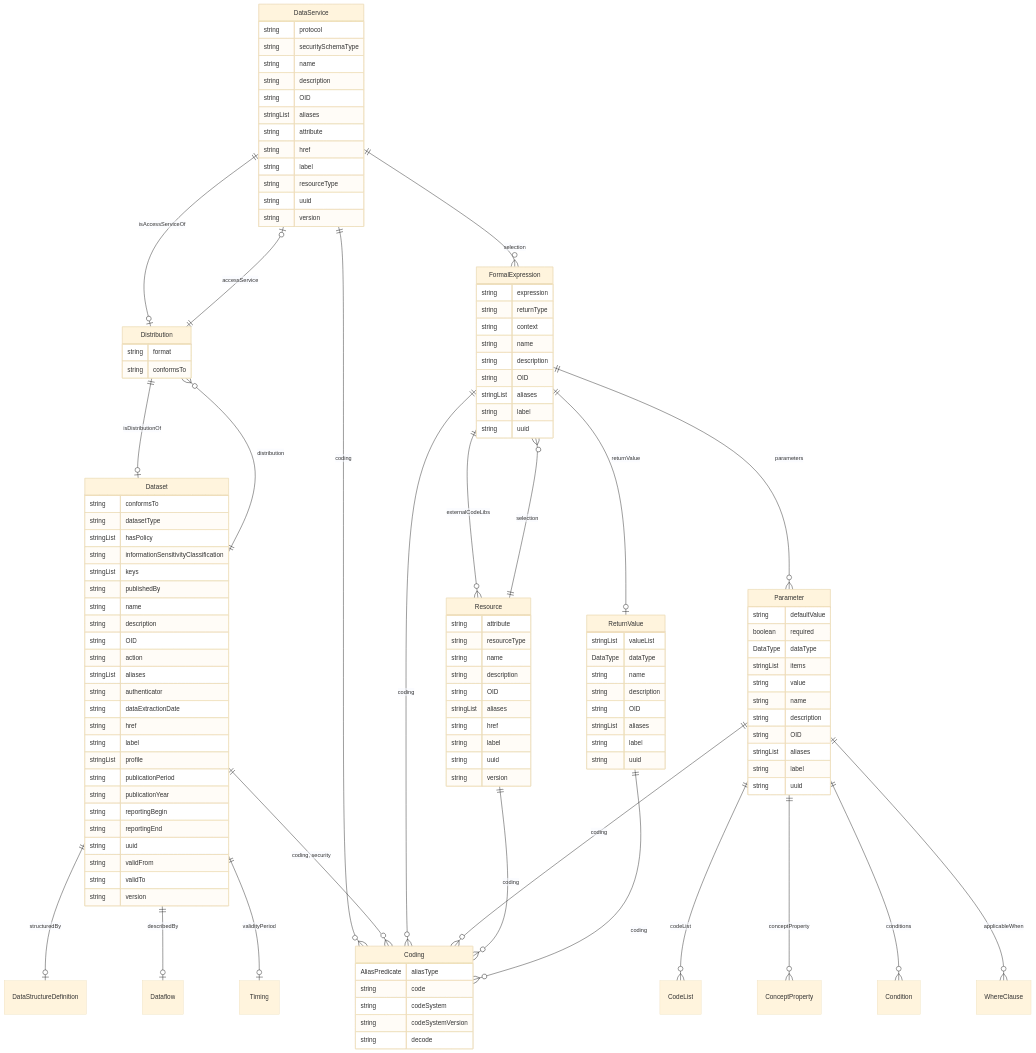
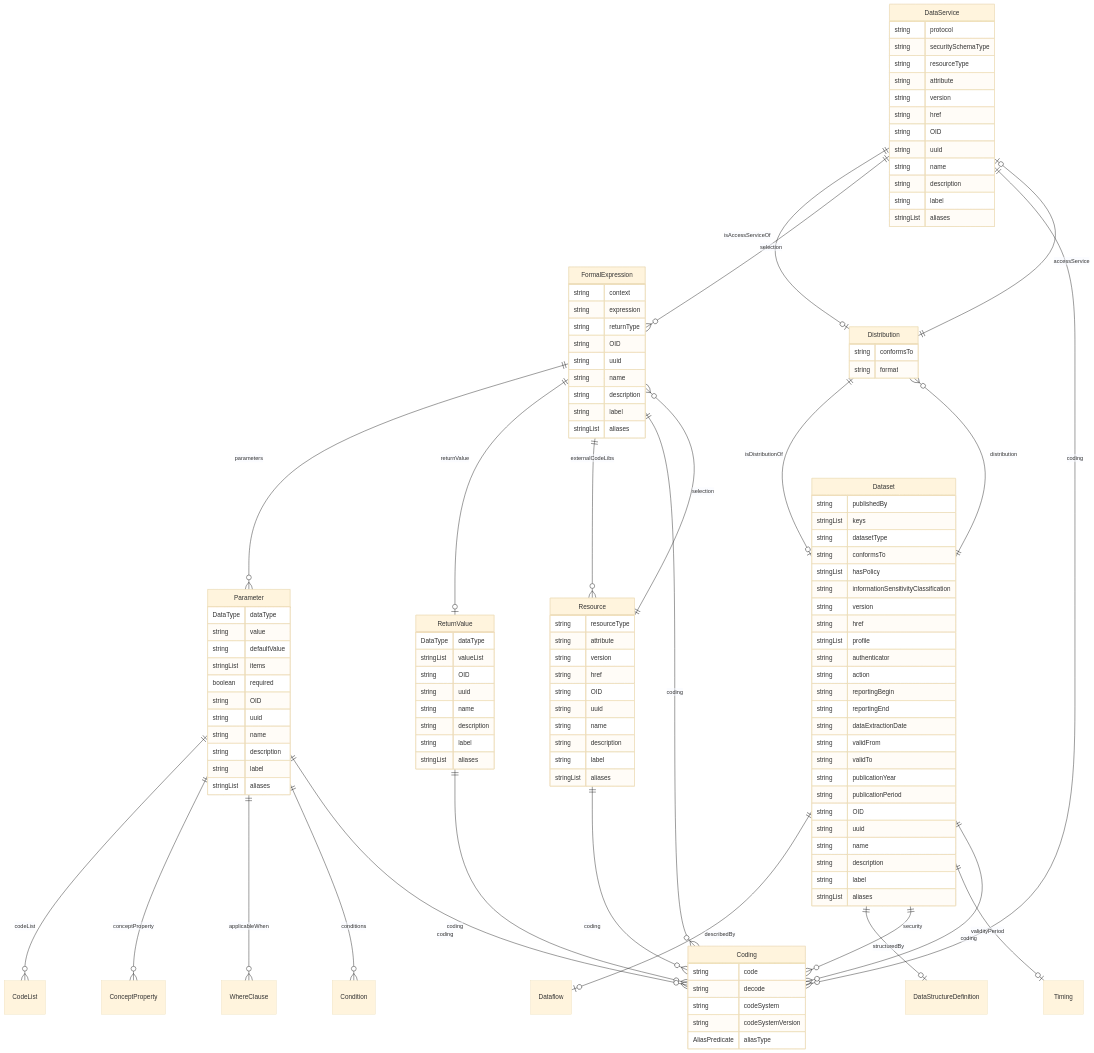
Before and after one commit to cdisc-org/DataExchange-DDS: the diagram in docs/classes/DataService.md, drawn with Mermaid (base theme). The commit also changed other lines of this file and 313 other files, not shown here.

````diff
--- a/docs/classes/DataService.md
+++ b/docs/classes/DataService.md
@@ -20,124 +15,125 @@
 ```mermaid
 erDiagram
-Coding {
-    AliasPredicate aliasType  
-    string code  
-    string codeSystem  
-    string codeSystemVersion  
-    string decode  
-}
 DataService {
     string protocol  
     string securitySchemaType  
+    string resourceType  
+    string attribute  
+    string version  
+    string href  
+    string OID  
+    string uuid  
     string name  
     string description  
+    string label  
+    stringList aliases  
+}
+Coding {
+    string code  
+    string decode  
+    string codeSystem  
+    string codeSystemVersion  
+    AliasPredicate aliasType  
+}
+FormalExpression {
+    string context  
+    string expression  
+    string returnType  
     string OID  
+    string uuid  
+    string name  
+    string description  
+    string label  
     stringList aliases  
+}
+Resource {
+    string resourceType  
     string attribute  
+    string version  
     string href  
+    string OID  
+    string uuid  
+    string name  
+    string description  
     string label  
-    string resourceType  
+    stringList aliases  
+}
+ReturnValue {
+    DataType dataType  
+    stringList valueList  
+    string OID  
     string uuid  
-    string version  
+    string name  
+    string description  
+    string label  
+    stringList aliases  
+}
+Parameter {
+    DataType dataType  
+    string value  
+    string defaultValue  
+    stringList items  
+    boolean required  
+    string OID  
+    string uuid  
+    string name  
+    string description  
+    string label  
+    stringList aliases  
+}
+Distribution {
+    string conformsTo  
+    string format  
 }
 Dataset {
+    string publishedBy  
+    stringList keys  
+    string datasetType  
     string conformsTo  
-    string datasetType  
     stringList hasPolicy  
     string informationSensitivityClassification  
-    stringList keys  
-    string publishedBy  
+    string version  
+    string href  
+    stringList profile  
+    string authenticator  
+    string action  
+    string reportingBegin  
+    string reportingEnd  
+    string dataExtractionDate  
+    string validFrom  
+    string validTo  
+    string publicationYear  
+    string publicationPeriod  
+    string OID  
+    string uuid  
     string name  
     string description  
-    string OID  
-    string action  
+    string label  
     stringList aliases  
-    string authenticator  
-    string dataExtractionDate  
-    string href  
-    string label  
-    stringList profile  
-    string publicationPeriod  
-    string publicationYear  
-    string reportingBegin  
-    string reportingEnd  
-    string uuid  
-    string validFrom  
-    string validTo  
-    string version  
-}
-Distribution {
-    string format  
-    string conformsTo  
-}
-FormalExpression {
-    string expression  
-    string returnType  
-    string context  
-    string name  
-    string description  
-    string OID  
-    stringList aliases  
-    string label  
-    string uuid  
-}
-Parameter {
-    string defaultValue  
-    boolean required  
-    DataType dataType  
-    stringList items  
-    string value  
-    string name  
-    string description  
-    string OID  
-    stringList aliases  
-    string label  
-    string uuid  
-}
-Resource {
-    string attribute  
-    string resourceType  
-    string name  
-    string description  
-    string OID  
-    stringList aliases  
-    string href  
-    string label  
-    string uuid  
-    string version  
-}
-ReturnValue {
-    stringList valueList  
-    DataType dataType  
-    string name  
-    string description  
-    string OID  
-    stringList aliases  
-    string label  
-    string uuid  
 }
 
 DataService ||--|o Distribution : "isAccessServiceOf"
+DataService ||--}o FormalExpression : "selection"
 DataService ||--}o Coding : "coding"
-DataService ||--}o FormalExpression : "selection"
-Dataset ||--|o DataStructureDefinition : "structuredBy"
-Dataset ||--|o Dataflow : "describedBy"
-Dataset ||--|o Timing : "validityPeriod"
-Dataset ||--}o Coding : "coding, security"
-Dataset ||--}o Distribution : "distribution"
+FormalExpression ||--}o Parameter : "parameters"
+FormalExpression ||--|o ReturnValue : "returnValue"
+FormalExpression ||--}o Resource : "externalCodeLibs"
+FormalExpression ||--}o Coding : "coding"
+Resource ||--}o FormalExpression : "selection"
+Resource ||--}o Coding : "coding"
+ReturnValue ||--}o Coding : "coding"
+Parameter ||--}o CodeList : "codeList"
+Parameter ||--}o ConceptProperty : "conceptProperty"
+Parameter ||--}o WhereClause : "applicableWhen"
+Parameter ||--}o Condition : "conditions"
+Parameter ||--}o Coding : "coding"
 Distribution ||--|o DataService : "accessService"
 Distribution ||--|o Dataset : "isDistributionOf"
-FormalExpression ||--|o ReturnValue : "returnValue"
-FormalExpression ||--}o Coding : "coding"
-FormalExpression ||--}o Parameter : "parameters"
-FormalExpression ||--}o Resource : "externalCodeLibs"
-Parameter ||--}o CodeList : "codeList"
-Parameter ||--}o Coding : "coding"
-Parameter ||--}o ConceptProperty : "conceptProperty"
-Parameter ||--}o Condition : "conditions"
-Parameter ||--}o WhereClause : "applicableWhen"
-Resource ||--}o Coding : "coding"
-Resource ||--}o FormalExpression : "selection"
-ReturnValue ||--}o Coding : "coding"
+Dataset ||--|o Dataflow : "describedBy"
+Dataset ||--|o DataStructureDefinition : "structuredBy"
+Dataset ||--}o Distribution : "distribution"
+Dataset ||--}o Coding : "security"
+Dataset ||--|o Timing : "validityPeriod"
+Dataset ||--}o Coding : "coding"
 
 ```
````
